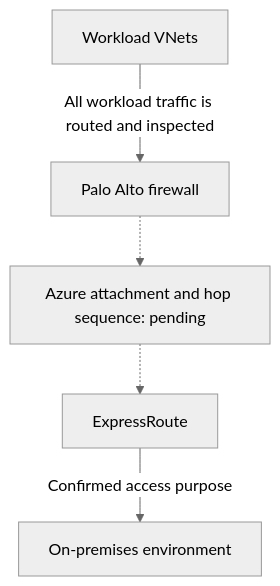
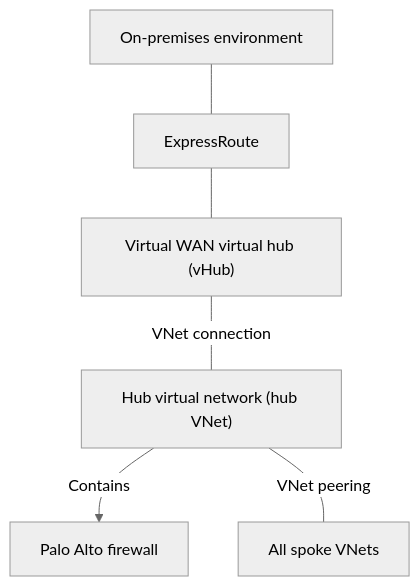
Before and after one commit to santosrodriguez/cloud-platform-documentation: the diagram in networking/expressroute-connectivity.md, drawn with Mermaid (neutral theme). The commit also changed other lines of this file and 5 other files, not shown here.

Commit message:
Document Virtual WAN and hub VNet topology

````diff
--- a/networking/expressroute-connectivity.md
+++ b/networking/expressroute-connectivity.md
@@ -33,7 +39,8 @@
 ```mermaid
 flowchart TD
-    workload["Workload VNets"] -->|"All workload traffic is routed and inspected"| firewall["Palo Alto firewall"]
-    firewall -.-> attachment["Azure attachment and hop sequence: pending"]
-    attachment -.-> expressRoute["ExpressRoute"]
-    expressRoute -->|"Confirmed access purpose"| onPrem["On-premises environment"]
+    onPrem["On-premises environment"] --- expressRoute["ExpressRoute"]
+    expressRoute --- vhub["Virtual WAN virtual hub (vHub)"]
+    vhub ---|"VNet connection"| hubVnet["Hub virtual network (hub VNet)"]
+    hubVnet -->|"Contains"| firewall["Palo Alto firewall"]
+    hubVnet ---|"VNet peering"| spokes["All spoke VNets"]
 ```
````
